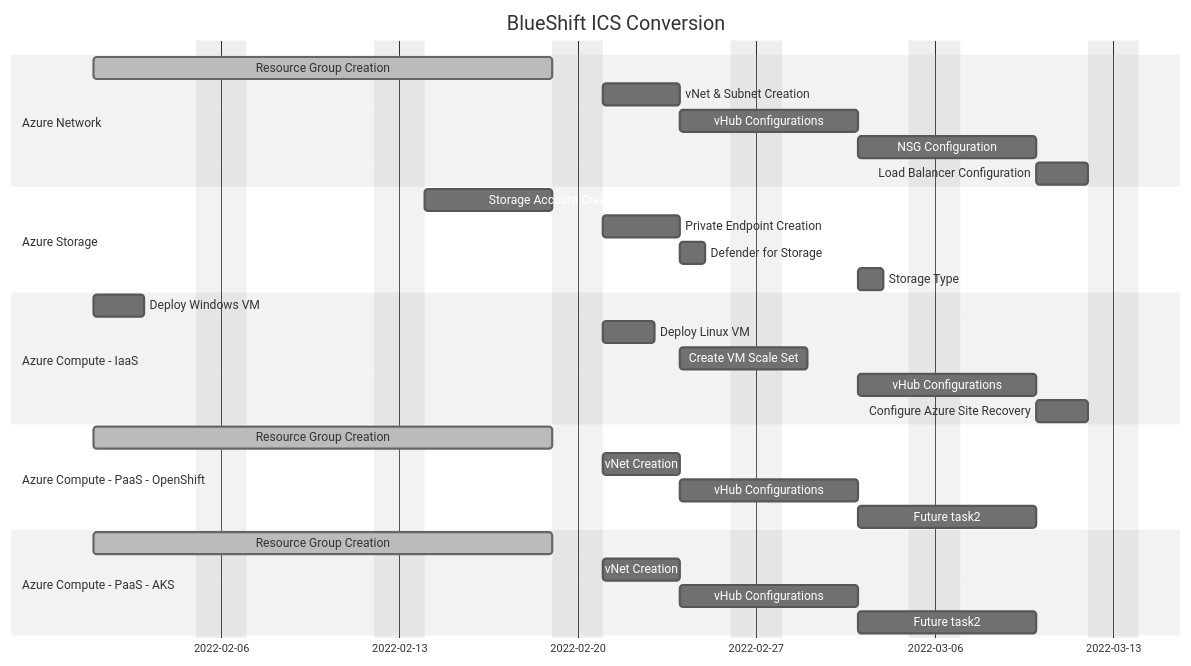
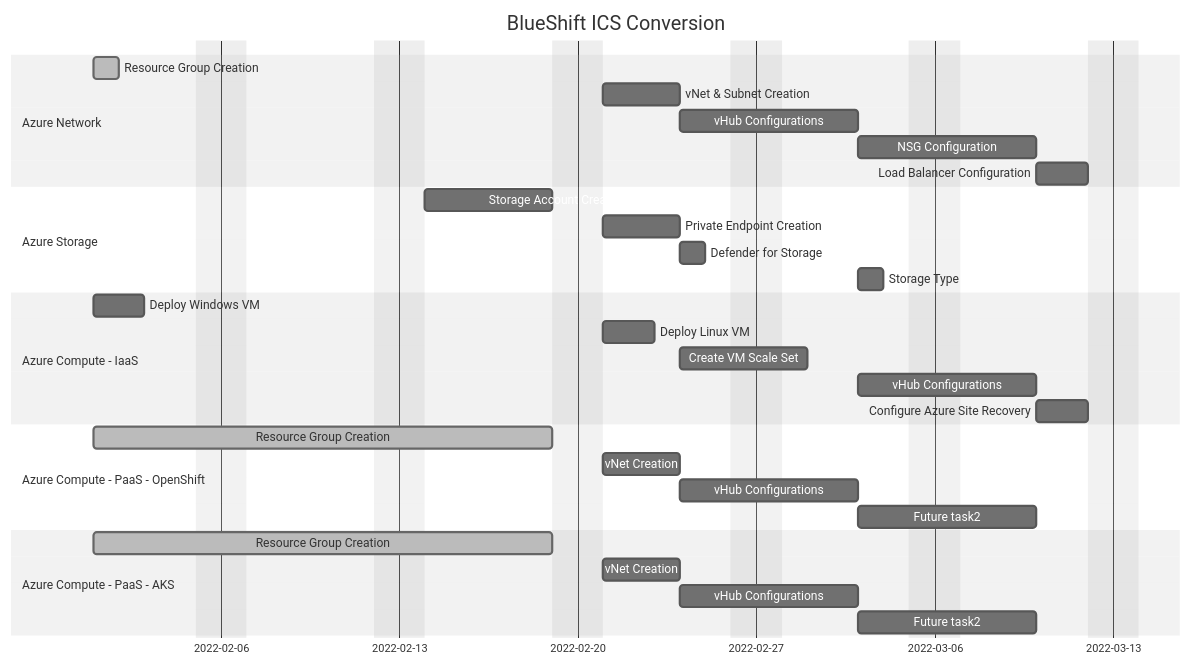
The first of 2 diagrams in README.md (slagathor34/awx-lab), drawn with Mermaid (neutral theme) before and after one commit.

Commit message:
gantt update

````diff
--- a/README.md
+++ b/README.md
@@ -5,38 +5,38 @@
 ```mermaid
 gantt
     dateFormat  YYYY-MM-DD
     title       BlueShift ICS Conversion
     excludes    weekends
 
     section Azure Network
-    Resource Group Creation           :done, des1, 2022-02-01, 14d
+    Resource Group Creation           :done, des1, 2022-02-01, 1d
     vNet & Subnet Creation            :des2, after des1, 3d
     vHub Configurations               :des3, after des2, 5d
     NSG Configuration                 :des4, after des3, 5d
     Load Balancer Configuration       :des5, after des4, 2d
 
     section Azure Storage
     Storage Account Creation          :des1, 2022-02-14, 5d
     Private Endpoint Creation         :des2, after des1, 3d
     Defender for Storage              :des3, after des2, 1d
     Storage Type                      :des4, after des3, 1d
 
     section Azure Compute - IaaS
     Deploy Windows VM                 :des1, 2022-02-01, 2d
     Deploy Linux VM                   :dest2, after des1, 2d
     Create VM Scale Set               :des3, after des2, 3d
     vHub Configurations               :des4, after des3, 5d
     Configure Azure Site Recovery     :des5, after des4, 2d
 
     section Azure Compute - PaaS - OpenShift
     Resource Group Creation           :done, des1, 2022-02-01, 14d
     vNet Creation                     :des2, after des1, 3d
     vHub Configurations               :des3, after des2, 5d
     Future task2                      :des4, after des3, 5d
 
     section Azure Compute - PaaS - AKS
     Resource Group Creation           :done, des1, 2022-02-01, 14d
     vNet Creation                     :des2, after des1, 3d
     vHub Configurations               :des3, after des2, 5d
     Future task2                      :des4, after des3, 5d
 ```
````
